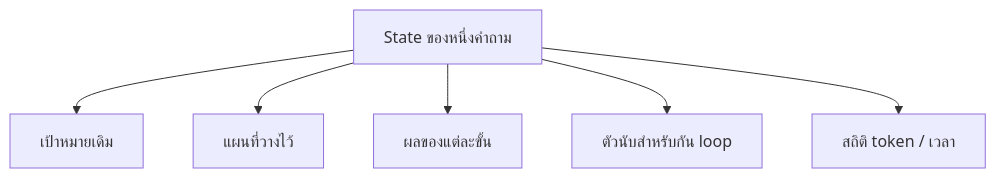
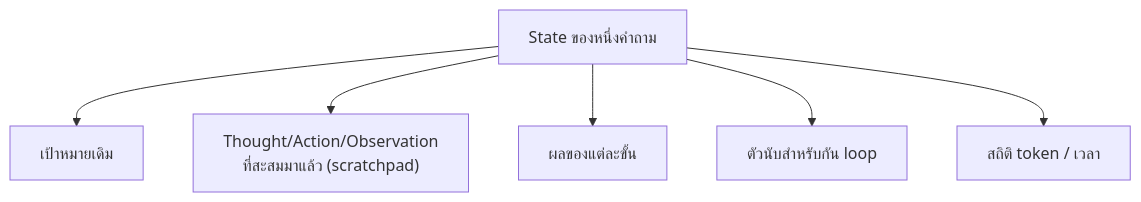
Before and after one commit to LLM-CE-KMITL/mcp-workshop: the fourth of 7 diagrams in INSTRUCTIONS/day2/01-module4-react-memory.md, drawn with Mermaid. The commit also changed other lines of this file and 38 other files, not shown here.

````diff
--- a/INSTRUCTIONS/day2/01-module4-react-memory.md
+++ b/INSTRUCTIONS/day2/01-module4-react-memory.md
@@ -89,8 +90,8 @@
 ```mermaid
 flowchart TB
     S["State ของหนึ่งคำถาม"] --> S1["เป้าหมายเดิม"]
-    S --> S2["แผนที่วางไว้"]
+    S --> S2["Thought/Action/Observation<br/>ที่สะสมมาแล้ว (scratchpad)"]
     S --> S3["ผลของแต่ละขั้น"]
     S --> S4["ตัวนับสำหรับกัน loop"]
     S --> S5["สถิติ token / เวลา"]
 ```
````
